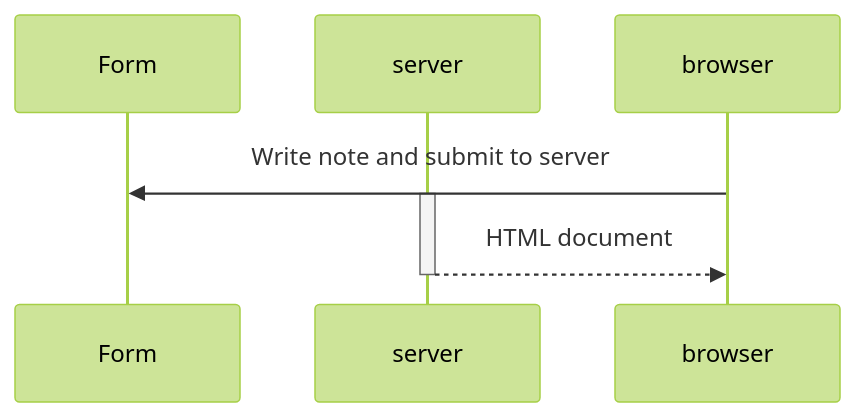
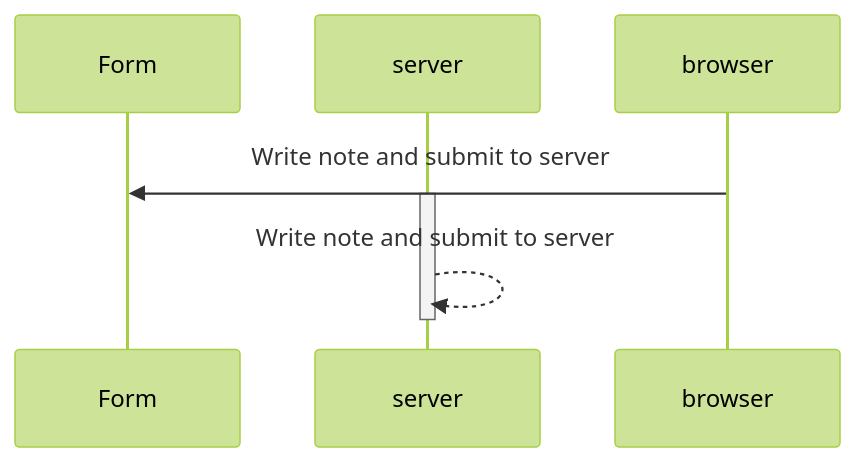
Before and after one commit to 11132731/Course-Full-Stack: the diagram in diagrama.md, drawn with Mermaid (forest theme).

````diff
--- a/diagrama.md
+++ b/diagrama.md
@@ -2,12 +2,12 @@
 ```mermaid
 sequenceDiagram
     participant Form
     participant server
 
     browser->>Form: Write note and submit to server
     activate server
-    server-->>browser: HTML document
+    server-->>server: Write note and submit to server
     deactivate server
 
 
 ```
````
